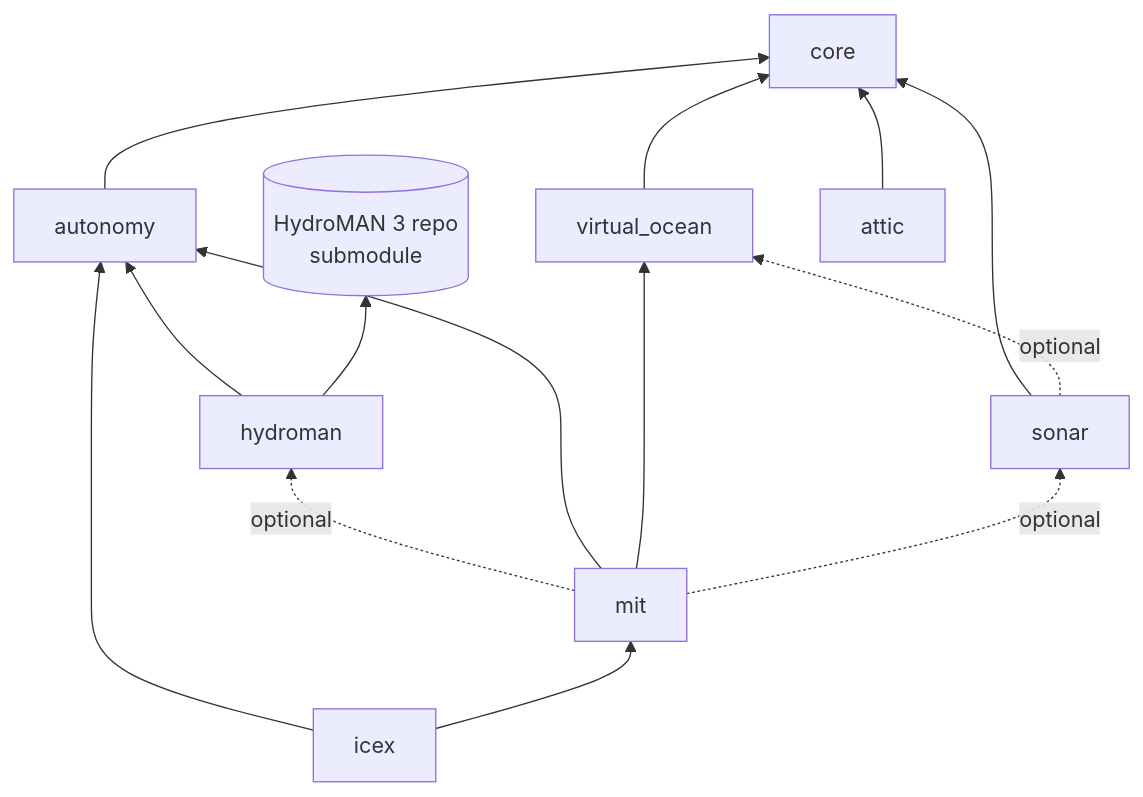
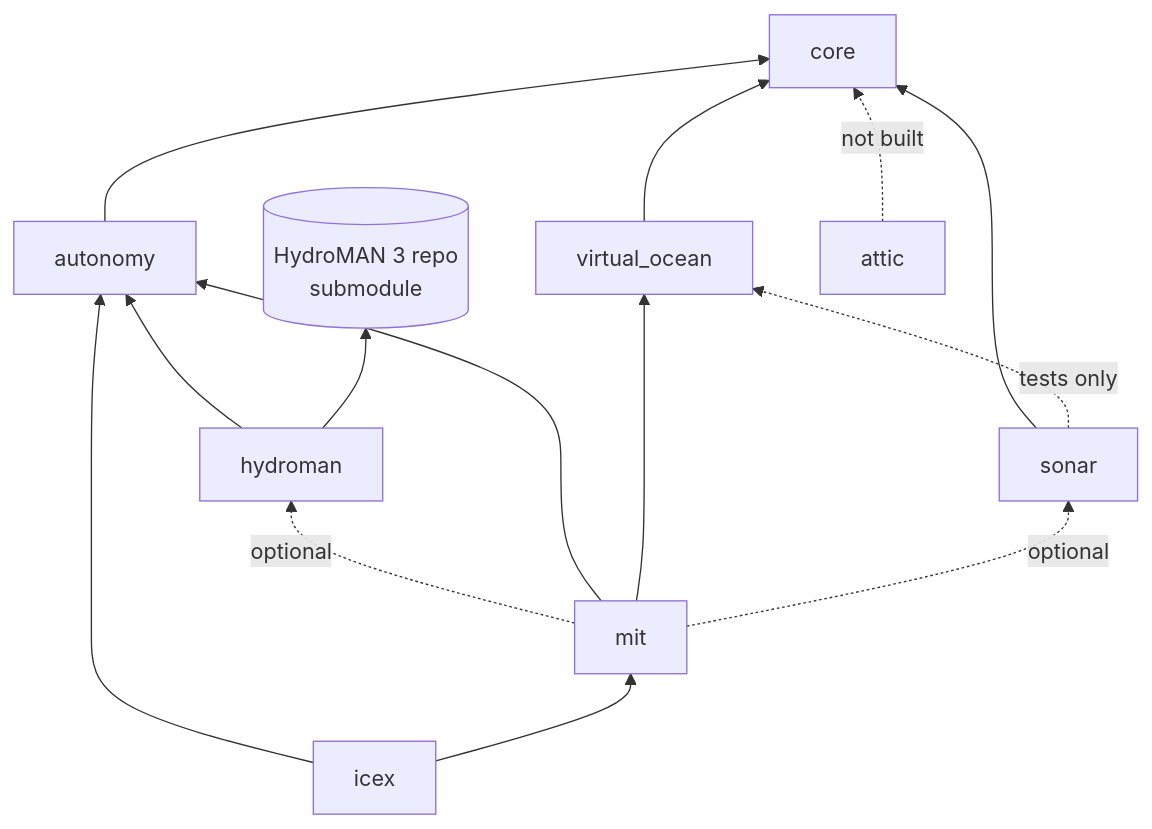
The second of 2 diagrams in core/src/doc/plan/claude/02-repository-layout-and-build.md (GobySoft/lamss3), drawn with Mermaid before and after one commit. The commit also changed other lines of this file and 11 other files, not shown here.

````diff
--- a/core/src/doc/plan/claude/02-repository-layout-and-build.md
+++ b/core/src/doc/plan/claude/02-repository-layout-and-build.md
@@ -111,17 +111,17 @@
 ```mermaid
 flowchart BT
   core
   autonomy --> core
   virtual_ocean --> core
   sonar --> core
-  sonar -.optional.-> virtual_ocean
+  sonar -.tests only.-> virtual_ocean
   hydroman --> autonomy
   hydroman --> upstream[(HydroMAN 3 repo<br/>submodule)]
   mit -.optional.-> hydroman
   mit --> autonomy
   mit --> virtual_ocean
   mit -.optional.-> sonar
   icex --> autonomy
   icex --> mit
-  attic --> core
+  attic -.not built.-> core
 ```
````
